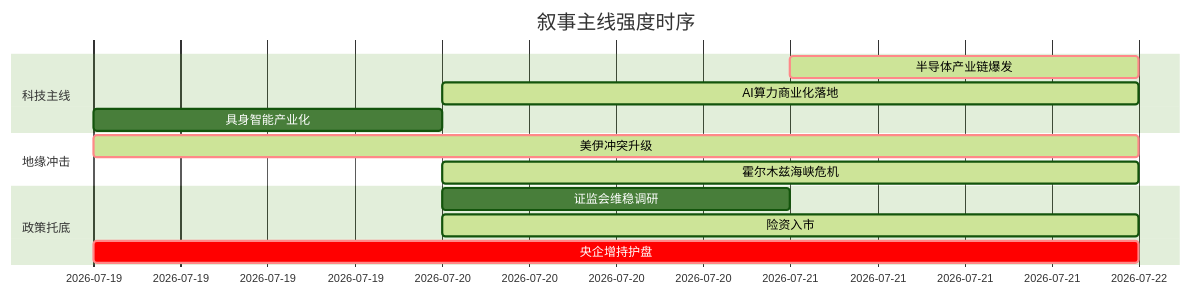
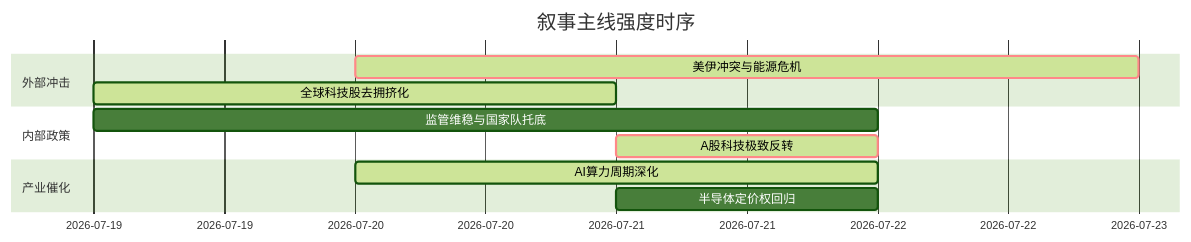
Before and after one commit to uu5zn/uu5zn.github.io: the diagram in 5day_report.md, drawn with Mermaid (forest theme). The commit also changed other lines of this file and 25 other files, not shown here.

````diff
--- a/5day_report.md
+++ b/5day_report.md
@@ -58,18 +55,16 @@
 ```mermaid
 gantt
     title 叙事主线强度时序
-    dateFormat YYYY-MM-DD
-    section 科技主线
-    半导体产业链爆发   :crit, active, 2026-07-21, 1d
-    AI算力商业化落地   :active, 2026-07-20, 2d
-    具身智能产业化     :2026-07-19, 1d
+    dateFormat  YYYY-MM-DD
+    section 外部冲击
+    美伊冲突与能源危机     :crit, active, 2026-07-20, 3d
+    全球科技股去拥挤化     :active, 2026-07-19, 2d
     
-    section 地缘冲击
-    美伊冲突升级       :crit, active, 2026-07-19, 3d
-    霍尔木兹海峡危机   :active, 2026-07-20, 2d
+    section 内部政策
+    监管维稳与国家队托底   :2026-07-19, 3d
+    A股科技极致反转       :crit, active, 2026-07-21, 1d
     
-    section 政策托底
-    证监会维稳调研     :2026-07-20, 1d
-    险资入市           :active, 2026-07-20, 2d
-    央企增持护盘       :crit, 2026-07-19, 3d
+    section 产业催化
+    AI算力周期深化        :active, 2026-07-20, 2d
+    半导体定价权回归      :2026-07-21, 1d
 ```
````
